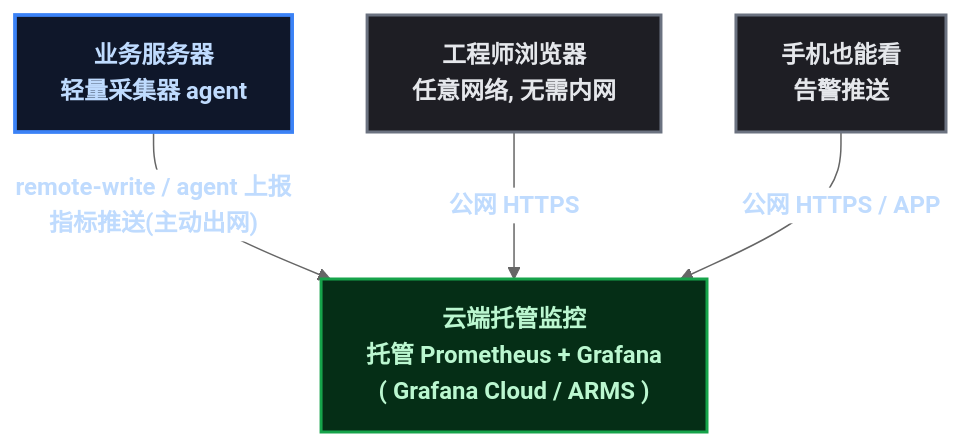
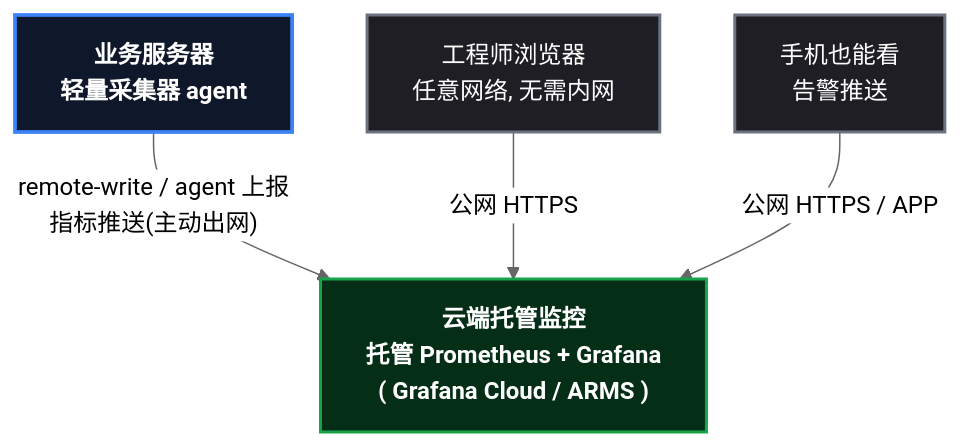
The third of 4 diagrams in content/posts/kubernetes/MonitoringAccessThreeWays.md (yaocat55/yaocat55.github.io), drawn with Mermaid (neutral theme) before and after one commit. The commit also changed other lines of this file and 27 other files, not shown here.

Commit message:
docs: 全系列 93 张 Mermaid 图 classDef 改为 style 强制深底白字(修复部分渲染器白底浅字)+历史文件格式清理

````diff
--- a/content/posts/kubernetes/MonitoringAccessThreeWays.md
+++ b/content/posts/kubernetes/MonitoringAccessThreeWays.md
@@ -153,20 +149,17 @@
 ```mermaid
 %% 方案C: 云原生监控 —— 数据上云, 人不需要进内网
 flowchart TD
-    classDef root fill:#0f172a,stroke:#3b82f6,stroke-width:2.5px,color:#bfdbfe,font-weight:bold;
-    classDef process fill:#1e1e24,stroke:#6b7280,stroke-width:2px,color:#e5e7eb;
-    classDef data fill:#052e16,stroke:#16a34a,stroke-width:2px,color:#bbf7d0,font-weight:bold;
 
     APP["业务服务器\n轻量采集器 agent"]
     SAAS["云端托管监控\n托管 Prometheus + Grafana\n( Grafana Cloud / ARMS )"]
     BRO["工程师浏览器\n任意网络, 无需内网"]
     MOB["手机也能看\n告警推送"]
 
     APP -->|"remote-write / agent 上报\n指标推送(主动出网)"| SAAS
     BRO -->|"公网 HTTPS"| SAAS
     MOB -->|"公网 HTTPS / APP"| SAAS
-
-    class APP root;
-    class SAAS data;
-    class BRO,MOB process;
+    style APP fill:#0f172a,stroke:#3b82f6,stroke-width:2.5px,color:#ffffff,font-weight:bold
+    style SAAS fill:#052e16,stroke:#16a34a,stroke-width:2px,color:#ffffff,font-weight:bold
+    style BRO fill:#1e1e24,stroke:#6b7280,stroke-width:2px,color:#ffffff
+    style MOB fill:#1e1e24,stroke:#6b7280,stroke-width:2px,color:#ffffff
 ```
````
